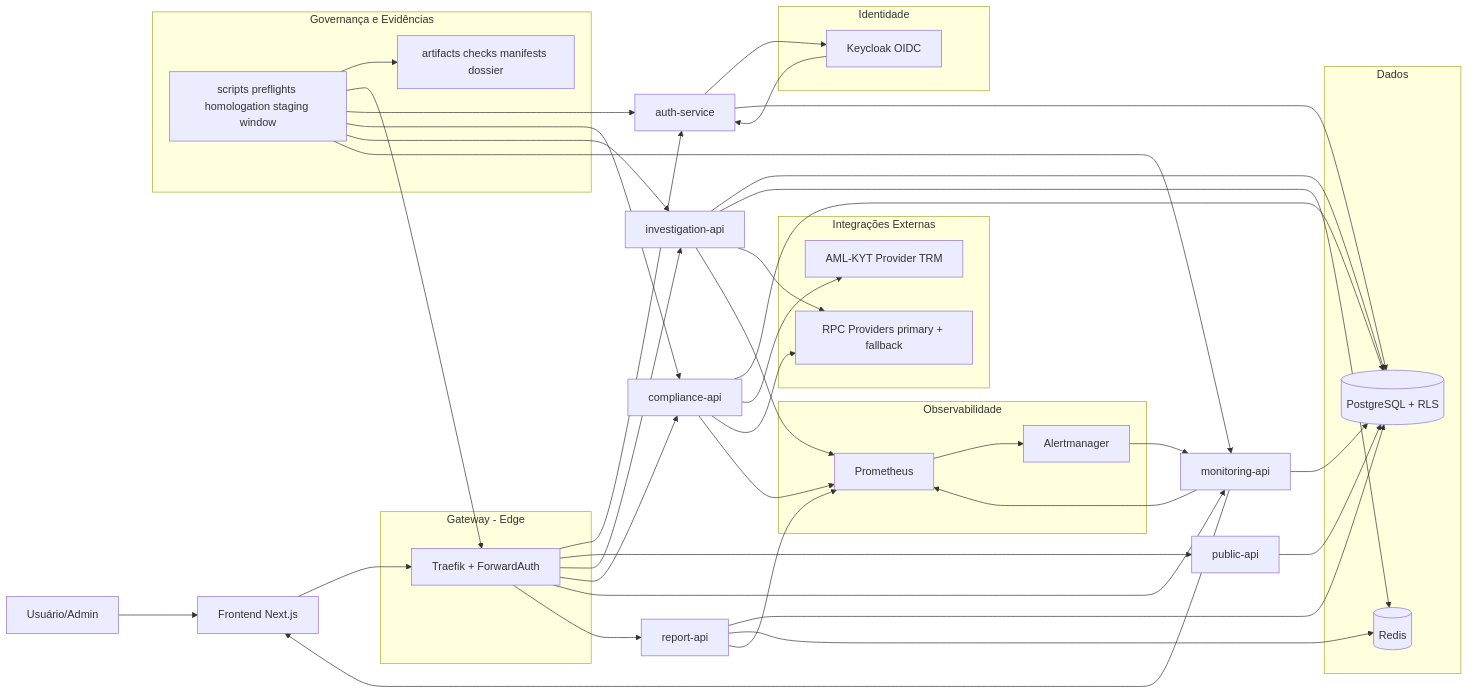
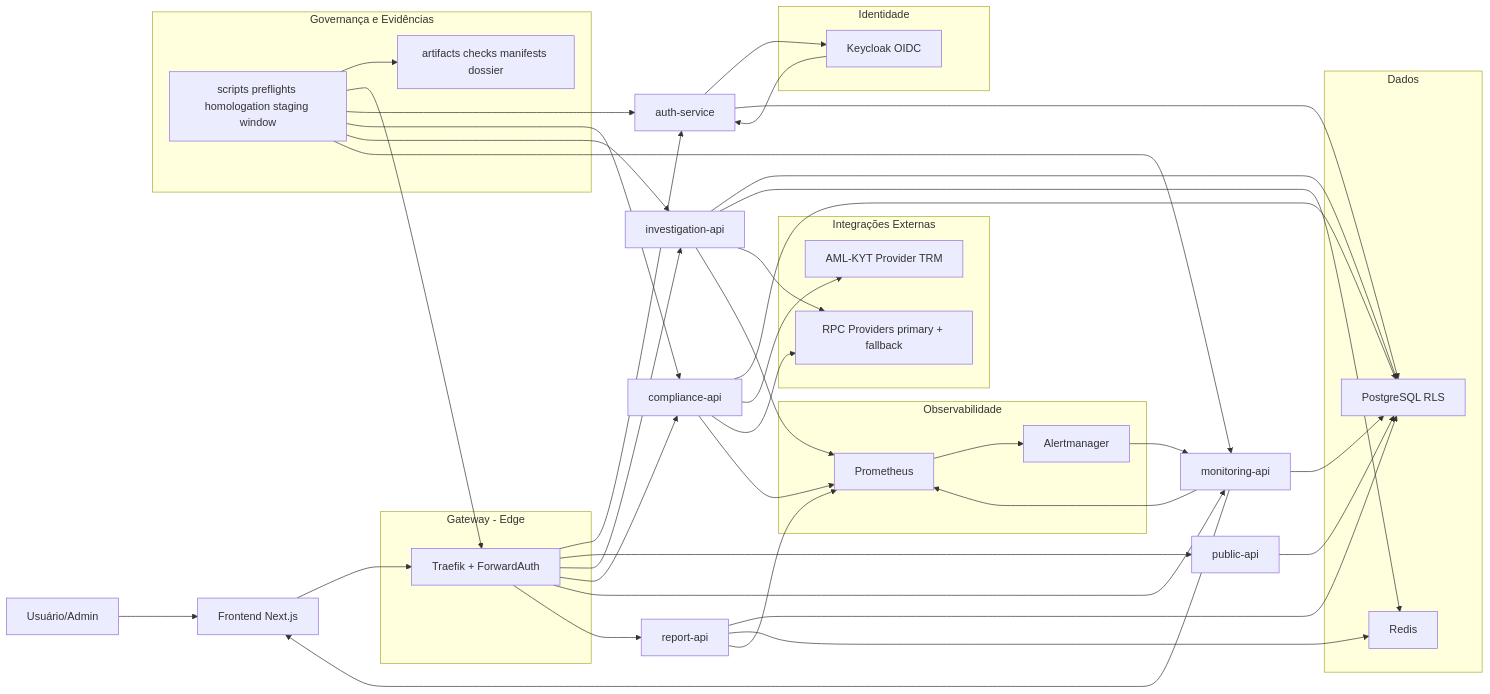
Before and after one commit to Jistriane/Ontrackchain: the first of 7 diagrams in README.md, drawn with Mermaid. The commit also changed other lines of this file and 1 other file, not shown here.

Commit message:
Simplifica diagrama de staging para Mermaid do GitHub

````diff
--- a/README.md
+++ b/README.md
@@ -89,73 +89,73 @@
 ```mermaid
 flowchart LR
   user[Usuário/Admin] --> ui[Frontend Next.js]
 
   subgraph edge[Gateway - Edge]
     traefik[Traefik + ForwardAuth]
   end
 
   ui --> traefik
 
   subgraph identity[Identidade]
     keycloak[Keycloak OIDC]
   end
 
   traefik --> auth[auth-service]
   auth --> keycloak
   keycloak --> auth
 
   traefik --> public[public-api]
   traefik --> inv[investigation-api]
   traefik --> comp[compliance-api]
   traefik --> mon[monitoring-api]
   traefik --> rep[report-api]
 
   subgraph data[Dados]
-    pg[(PostgreSQL + RLS)]
-    redis[(Redis)]
+    pg[PostgreSQL RLS]
+    redis[Redis]
   end
 
   auth --> pg
   public --> pg
   inv --> pg
   comp --> pg
   mon --> pg
   rep --> pg
 
   inv --> redis
   rep --> redis
 
   subgraph external[Integrações Externas]
     trm[AML-KYT Provider TRM]
     rpc[RPC Providers primary + fallback]
   end
 
   comp --> trm
   inv --> rpc
   comp --> rpc
 
   subgraph obs[Observabilidade]
     prom[Prometheus]
     am[Alertmanager]
   end
 
   inv --> prom
   mon --> prom
   comp --> prom
   rep --> prom
   prom --> am
   am --> mon
   mon --> ui
 
   subgraph governance[Governança e Evidências]
     scripts[scripts preflights homologation staging window]
     artifacts[artifacts checks manifests dossier]
   end
 
   scripts --> artifacts
   scripts --> traefik
   scripts --> auth
   scripts --> comp
   scripts --> inv
   scripts --> mon
 ```
````
